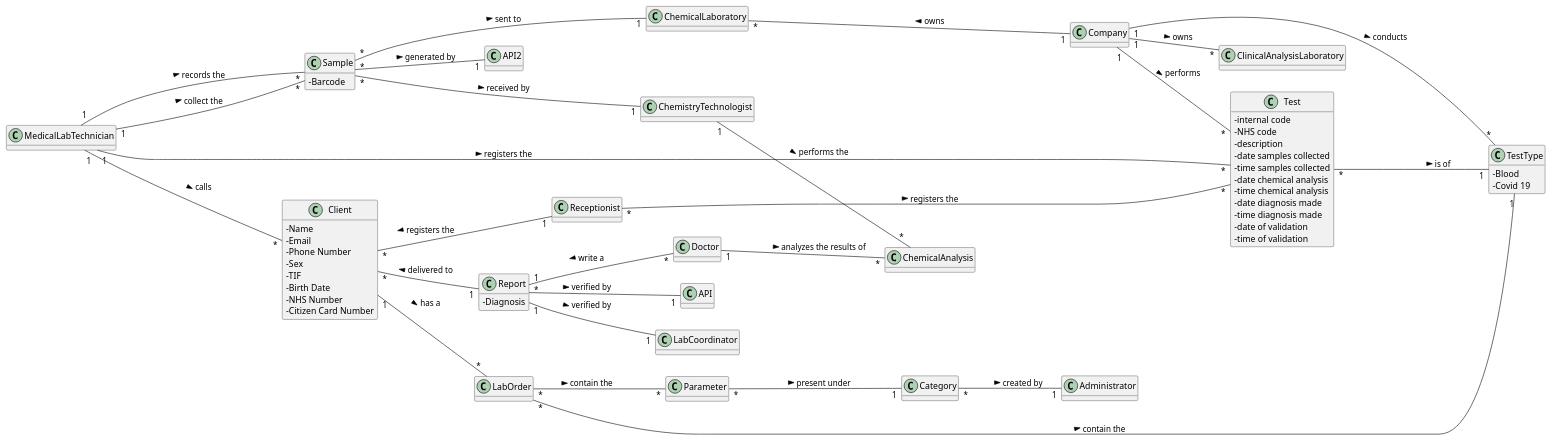
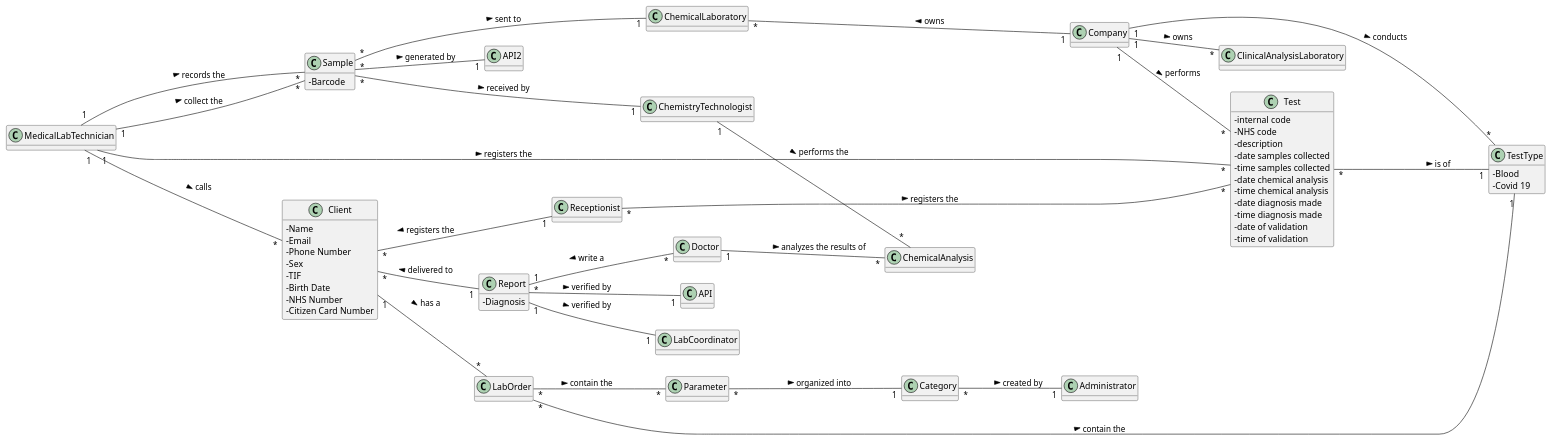
One commit to manu-07-ela/LAPR2_ISEP changed the diagram in docs/SprintA/DM.puml. Above: the diagram before and after it, drawn with PlantUML. The commit also changed 2 other files, not shown here.

```diff
--- a/docs/SprintA/DM.puml
+++ b/docs/SprintA/DM.puml
@@ -1,126 +1,126 @@
 @startuml
 'https://plantuml.com/class-diagram
 
 hide methods
 left to right direction
 skinparam classAttributeIconSize 0
 
 class Company {
 
 }
 
 class Receptionist {
 
 }
 
 class Client {
  - Name
  - Email
  - Phone Number
  - Sex
  - TIF
  - Birth Date
  - NHS Number
  - Citizen Card Number
 
 }
 
 class ChemistryTechnologist{
 }
 
 class Doctor {
 
 }
 
 class Administrator{
 
 }
 class LabCoordinator{
 }
 
 
 class LabOrder {
 
 }
 
 class Category {
 
 }
 
 class TestType {
 - Blood
 - Covid 19
 }
 
 class Sample {
 - Barcode
 }
 
 class ChemicalLaboratory{
 
 }
 
 class Report {
 -Diagnosis
 
 }
 
 class Test {
 - internal code
 - NHS code
 - description
 - date samples collected
 - time samples collected
 - date chemical analysis
 - time chemical analysis
 - date diagnosis made
 - time diagnosis made
 - date of validation
 - time of validation
 }
 class Parameter {
 
 
 }
 
 
 class MedicalLabTechnician {
 
 }
 
 class ChemicalAnalysis {
 
 }
 
 class ClinicalAnalysisLaboratory{
 
 }
 
 ChemicalLaboratory "*" --- "1" Company: owns <
 Company "1" -- "*" ClinicalAnalysisLaboratory: owns >
 Company "1" -- "*" Test: performs >
 Company "1" -- "*" TestType: conducts >
 Test "*" --- "1" TestType: is of >
 Receptionist "*" -- "*" Test: registers the >
 LabOrder "*" ------ "1" TestType: contain the >
 MedicalLabTechnician "1" -- "*" Test: registers the >
 Client "1" -- "*" LabOrder: has a >
 LabOrder "*" -- "*" Parameter: contain the >
 Client "*" -- "1" Receptionist: registers the <
 MedicalLabTechnician "1" --- "*" Client: calls >
 Client "*" -- "1" Report: delivered to <
 Report "1" -- "*" Doctor: write a <
 Report "*" -- "1" API: verified by >
 Report "1" -- "1" LabCoordinator : verified by >
-Parameter "*" -- "1" Category: present under >
+Parameter "*" -- "1" Category: organized into >
 Category "*" -- "1" Administrator: created by >
 Doctor "1" -- "*" ChemicalAnalysis: analyzes the results of >
 ChemistryTechnologist "1" -- "*" ChemicalAnalysis: performs the >
 MedicalLabTechnician "1" -- "*" Sample: records the >
 MedicalLabTechnician "1" ---- "*" Sample: collect the >
 Sample "*" -- "1" API2: generated by >
 Sample "*" --- "1" ChemicalLaboratory: sent to >
 Sample "*" --- "1" ChemistryTechnologist: received by >
 
 
 @enduml
```
